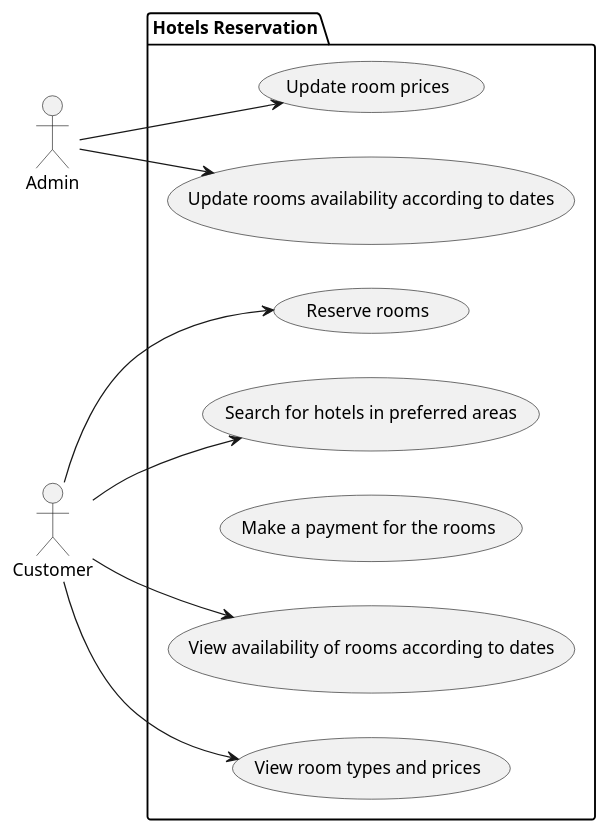
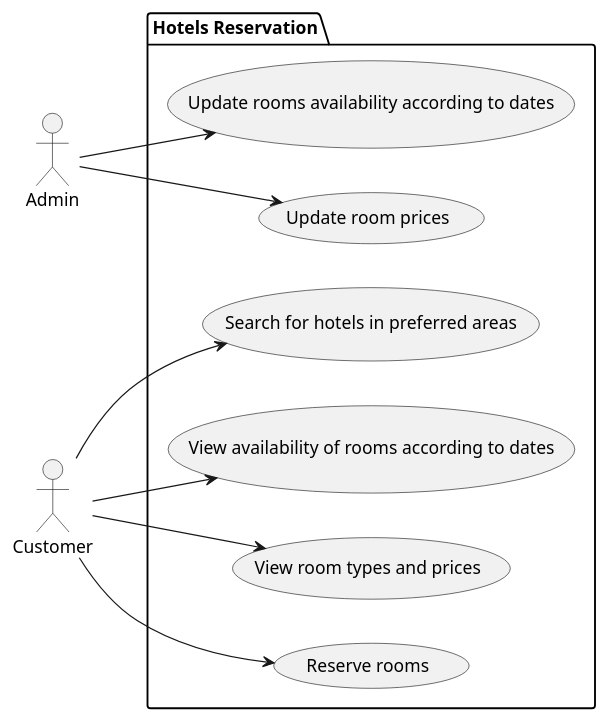
Before and after one commit to edwarmv/bpk_python_back-end_capacitation: the diagram in diagrams/use-case/hotels-reservation.puml, drawn with PlantUML. The commit also changed 3 other files, not shown here.

Commit message:
feat: update er diagram

```diff
--- a/diagrams/use-case/hotels-reservation.puml
+++ b/diagrams/use-case/hotels-reservation.puml
@@ -1,25 +1,24 @@
 @startuml
 
 left to right direction
 
 :Admin: as admin
 :Customer: as customer
 
 package "Hotels Reservation" {
   usecase "Search for hotels in preferred areas" as hr1
   usecase "View availability of rooms according to dates" as hr2
   usecase "View room types and prices" as hr3
   usecase "Reserve rooms" as hr4
-  usecase "Make a payment for the rooms" as hr5
-  usecase "Update rooms availability according to dates" as hr6
-  usecase "Update room prices" as hr7
+  usecase "Update rooms availability according to dates" as hr5
+  usecase "Update room prices" as hr6
 }
 
 customer --> hr1
 customer --> hr2
 customer --> hr3
 customer --> hr4
+admin --> hr5
 admin --> hr6
-admin --> hr7
 
 @enduml
```
